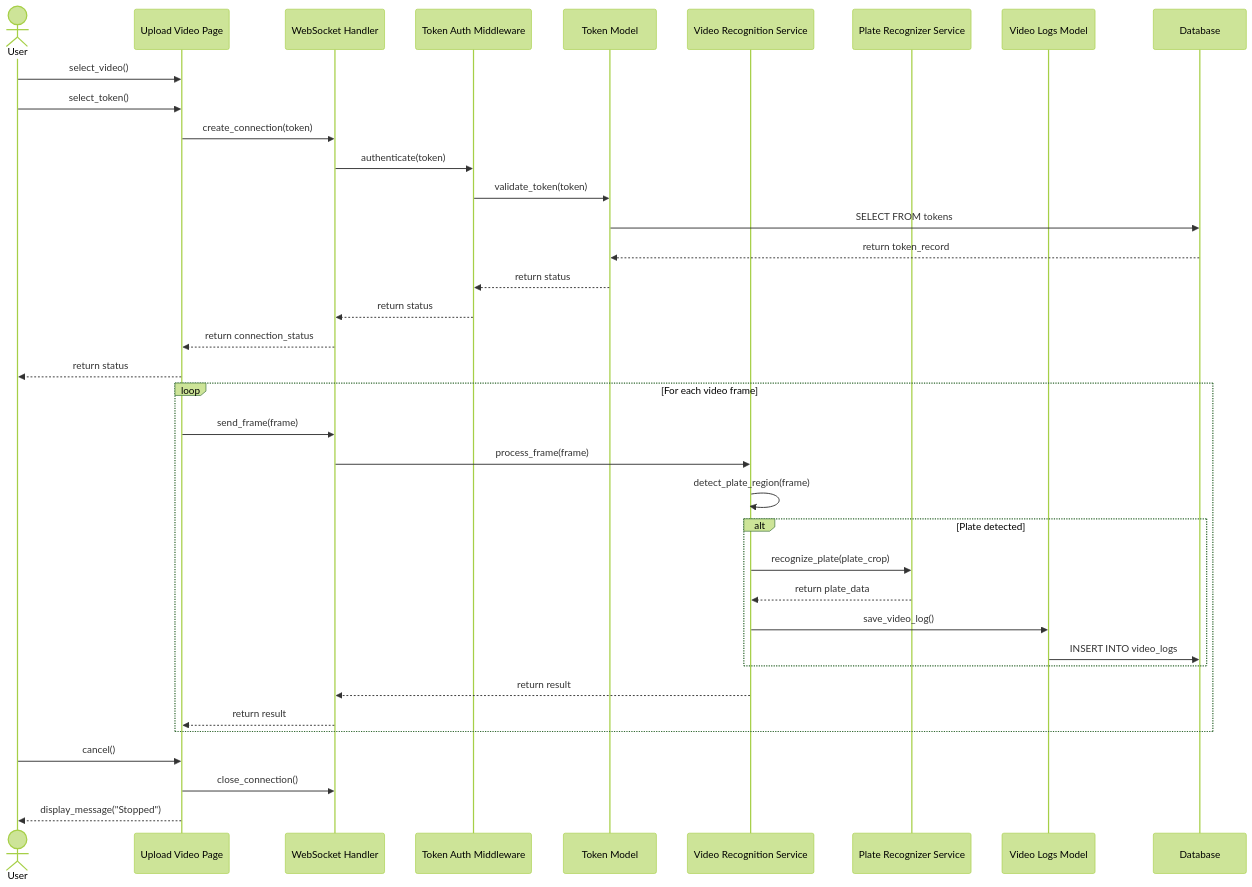
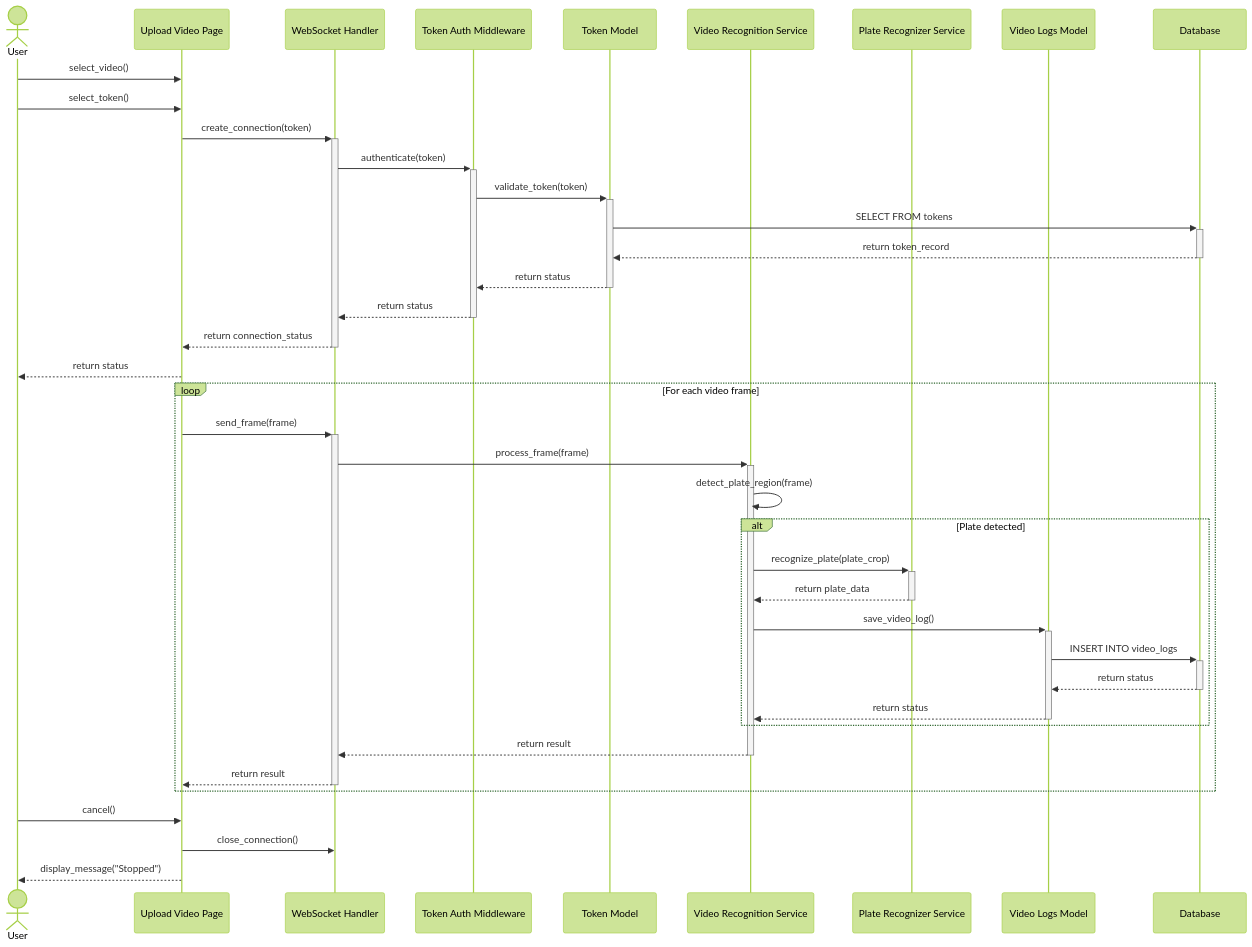
The tenth of 20 diagrams in SYSTEM_DIAGRAMS.md (Tanaphat-Ken/ALPR-V2), drawn with Mermaid (forest theme) before and after one commit. The commit also changed other lines of this file, not shown here.

First line of the commit message:
fix: resolve Mermaid activation bar errors across sequence diagrams

````diff
--- a/SYSTEM_DIAGRAMS.md
+++ b/SYSTEM_DIAGRAMS.md
@@ -390,42 +406,44 @@
 ```mermaid
 sequenceDiagram
     actor User
     participant UploadPage as Upload Video Page
     participant WSHandler as WebSocket Handler
     participant TAM as Token Auth Middleware
     participant TokenModel as Token Model
     participant VideoService as Video Recognition Service
     participant PR as Plate Recognizer Service
     participant VideoLogsModel as Video Logs Model
     participant DB as Database
 
     User->>UploadPage: select_video()
     User->>UploadPage: select_token()
-    UploadPage->>WSHandler: create_connection(token)
-    WSHandler->>TAM: authenticate(token)
-    TAM->>TokenModel: validate_token(token)
-    TokenModel->>DB: SELECT FROM tokens
-    DB-->>TokenModel: return token_record
-    TokenModel-->>TAM: return status
-    TAM-->>WSHandler: return status
-    WSHandler-->>UploadPage: return connection_status
+    UploadPage->>+WSHandler: create_connection(token)
+    WSHandler->>+TAM: authenticate(token)
+    TAM->>+TokenModel: validate_token(token)
+    TokenModel->>+DB: SELECT FROM tokens
+    DB-->>-TokenModel: return token_record
+    TokenModel-->>-TAM: return status
+    TAM-->>-WSHandler: return status
+    WSHandler-->>-UploadPage: return connection_status
     UploadPage-->>User: return status
 
     loop For each video frame
-        UploadPage->>WSHandler: send_frame(frame)
-        WSHandler->>VideoService: process_frame(frame)
+        UploadPage->>+WSHandler: send_frame(frame)
+        WSHandler->>+VideoService: process_frame(frame)
         VideoService->>VideoService: detect_plate_region(frame)
         alt Plate detected
-            VideoService->>PR: recognize_plate(plate_crop)
-            PR-->>VideoService: return plate_data
-            VideoService->>VideoLogsModel: save_video_log()
-            VideoLogsModel->>DB: INSERT INTO video_logs
+            VideoService->>+PR: recognize_plate(plate_crop)
+            PR-->>-VideoService: return plate_data
+            VideoService->>+VideoLogsModel: save_video_log()
+            VideoLogsModel->>+DB: INSERT INTO video_logs
+            DB-->>-VideoLogsModel: return status
+            VideoLogsModel-->>-VideoService: return status
         end
-        VideoService-->>WSHandler: return result
-        WSHandler-->>UploadPage: return result
+        VideoService-->>-WSHandler: return result
+        WSHandler-->>-UploadPage: return result
     end
 
     User->>UploadPage: cancel()
     UploadPage->>WSHandler: close_connection()
     UploadPage-->>User: display_message("Stopped")
 ```
````
